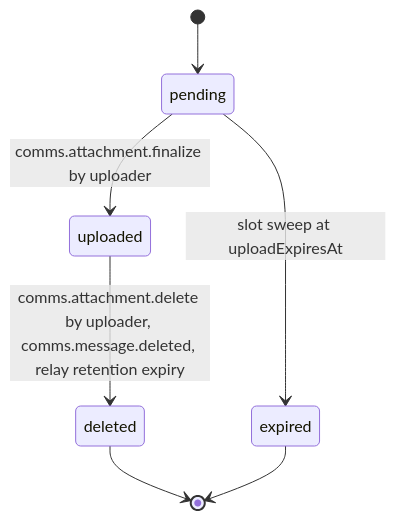
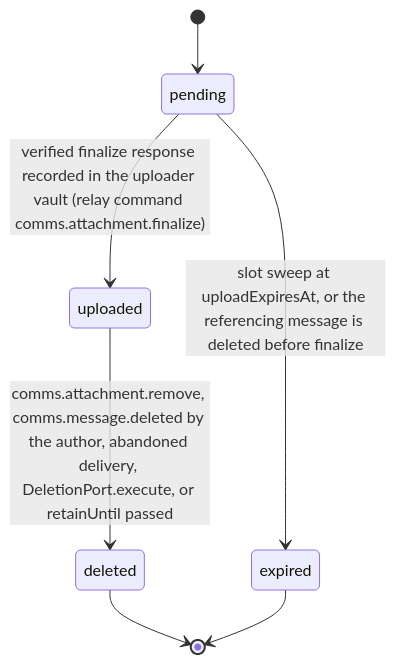
The diagram in 08_Communications/01_messaging/mod_attachments/workflow_state_machine.md (djshellshoxxx/CLASSifiedisRUPTed), drawn with Mermaid before and after one commit. The commit also changed other lines of this file and 343 other files, not shown here.

````diff
--- a/08_Communications/01_messaging/mod_attachments/workflow_state_machine.md
+++ b/08_Communications/01_messaging/mod_attachments/workflow_state_machine.md
@@ -25,9 +26,9 @@
 ```mermaid
 stateDiagram-v2
   [*] --> pending
-  pending --> uploaded: comms.attachment.finalize by uploader
-  pending --> expired: slot sweep at uploadExpiresAt
-  uploaded --> deleted: comms.attachment.delete by uploader, comms.message.deleted, relay retention expiry
+  pending --> uploaded: verified finalize response recorded in the uploader vault (relay command comms.attachment.finalize)
+  pending --> expired: slot sweep at uploadExpiresAt, or the referencing message is deleted before finalize
+  uploaded --> deleted: comms.attachment.remove, comms.message.deleted by the author, abandoned delivery, DeletionPort.execute, or retainUntil passed
   deleted --> [*]
   expired --> [*]
 ```
````
